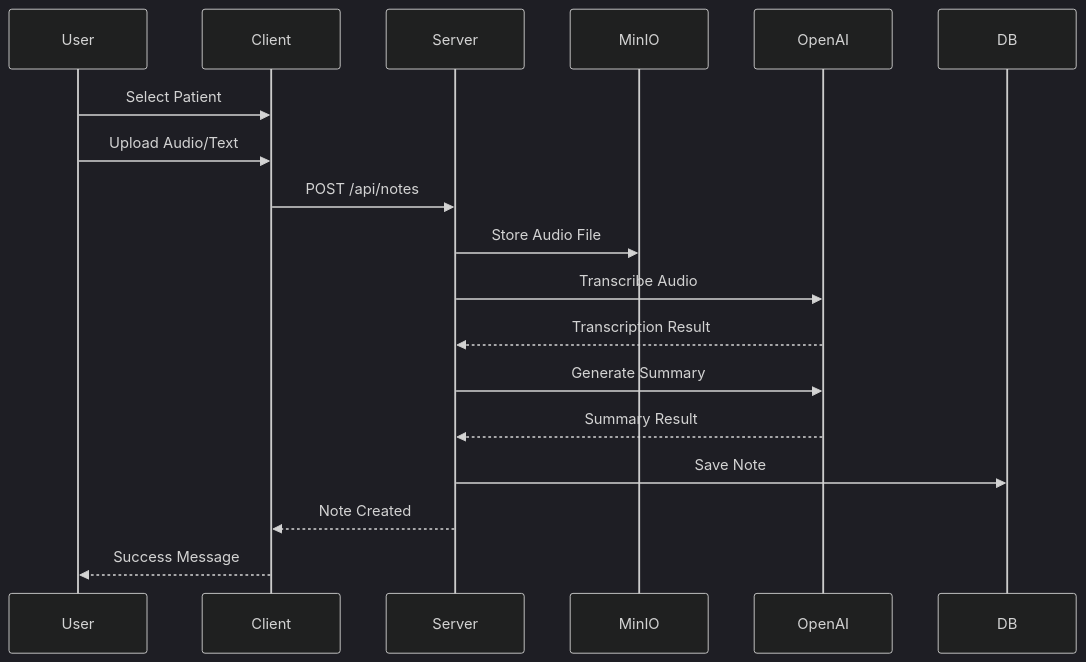
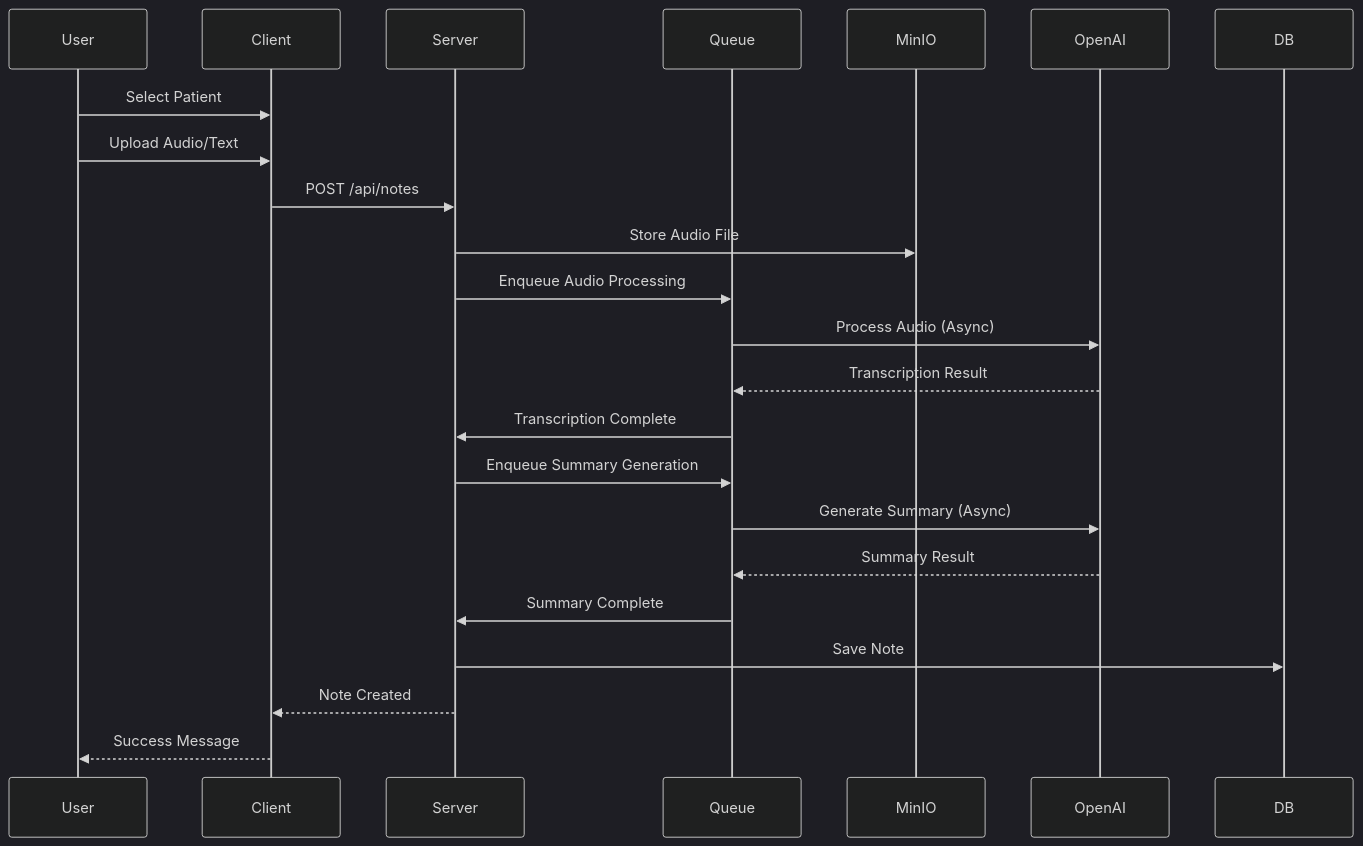
The second of 4 diagrams in architecture.md (fbsis/aiScribe), drawn with Mermaid (dark theme) before and after one commit. The commit also changed other lines of this file and 2 other files, not shown here.

````diff
--- a/architecture.md
+++ b/architecture.md
@@ -338,21 +352,26 @@
 ```mermaid
 sequenceDiagram
     participant User
     participant Client
     participant Server
+    participant Queue
     participant MinIO
     participant OpenAI
     participant DB
 
     User->>Client: Select Patient
     User->>Client: Upload Audio/Text
     Client->>Server: POST /api/notes
     Server->>MinIO: Store Audio File
-    Server->>OpenAI: Transcribe Audio
-    OpenAI-->>Server: Transcription Result
-    Server->>OpenAI: Generate Summary
-    OpenAI-->>Server: Summary Result
+    Server->>Queue: Enqueue Audio Processing
+    Queue->>OpenAI: Process Audio (Async)
+    OpenAI-->>Queue: Transcription Result
+    Queue->>Server: Transcription Complete
+    Server->>Queue: Enqueue Summary Generation
+    Queue->>OpenAI: Generate Summary (Async)
+    OpenAI-->>Queue: Summary Result
+    Queue->>Server: Summary Complete
     Server->>DB: Save Note
     Server-->>Client: Note Created
     Client-->>User: Success Message
 ```
````
